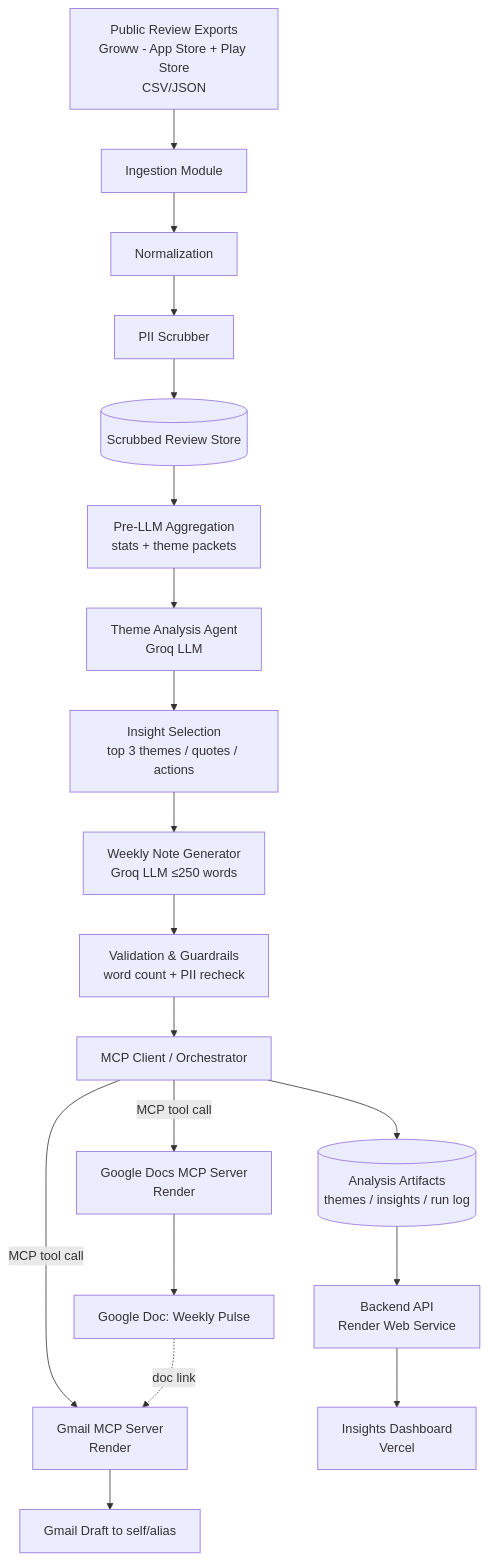
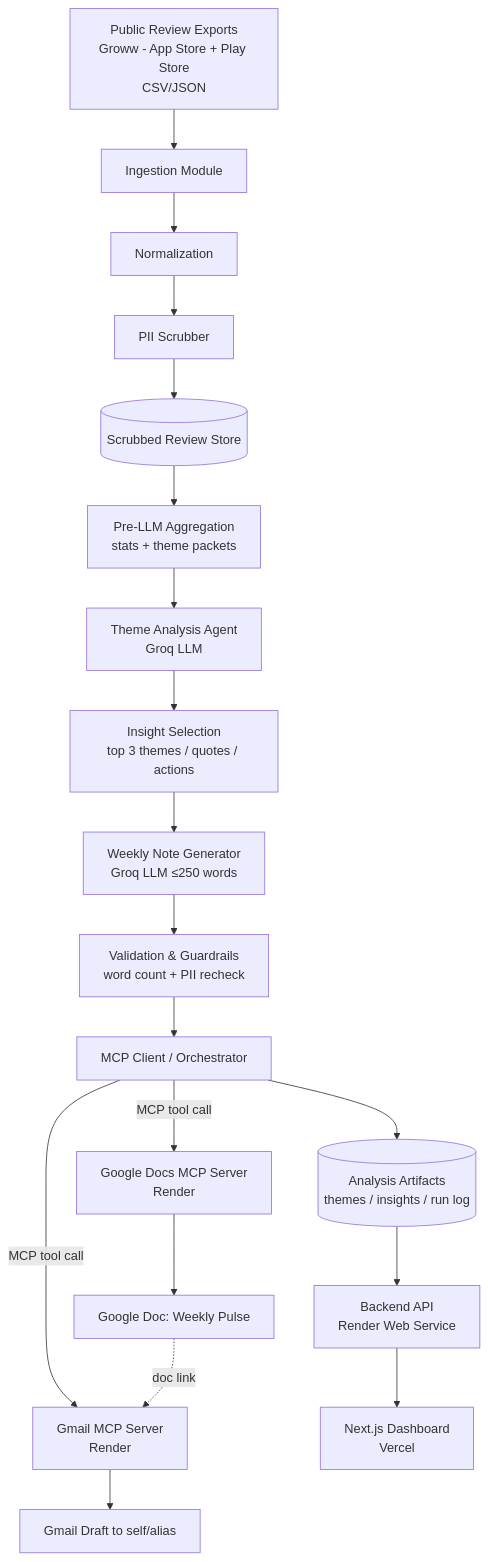
Before and after one commit to tejas2904-RM/Ai-agent-Mcp: the first of 4 diagrams in docs/architecture.md, drawn with Mermaid. The commit also changed other lines of this file and 33 other files, not shown here.

First line of the commit message:
Add Phase 10 Next.js insights dashboard on Vercel.

````diff
--- a/docs/architecture.md
+++ b/docs/architecture.md
@@ -17,21 +18,21 @@
 ```mermaid
 flowchart TD
     A[Public Review Exports<br/>Groww - App Store + Play Store<br/>CSV/JSON] --> B[Ingestion Module]
     B --> C[Normalization]
     C --> D[PII Scrubber]
     D --> E[(Scrubbed Review Store)]
     E --> F[Pre-LLM Aggregation<br/>stats + theme packets]
     F --> G[Theme Analysis Agent<br/>Groq LLM]
     G --> H[Insight Selection<br/>top 3 themes / quotes / actions]
     H --> I[Weekly Note Generator<br/>Groq LLM ≤250 words]
     I --> J[Validation & Guardrails<br/>word count + PII recheck]
     J --> K[MCP Client / Orchestrator]
     K -->|MCP tool call| L[Google Docs MCP Server<br/>Render]
     K -->|MCP tool call| M[Gmail MCP Server<br/>Render]
     L --> N[Google Doc: Weekly Pulse]
     M --> O[Gmail Draft to self/alias]
     N -. doc link .-> M
     K --> P[(Analysis Artifacts<br/>themes / insights / run log)]
     P --> Q[Backend API<br/>Render Web Service]
-    Q --> R[Insights Dashboard<br/>Vercel]
+    Q --> R[Next.js Dashboard<br/>Vercel]
 ```
````
